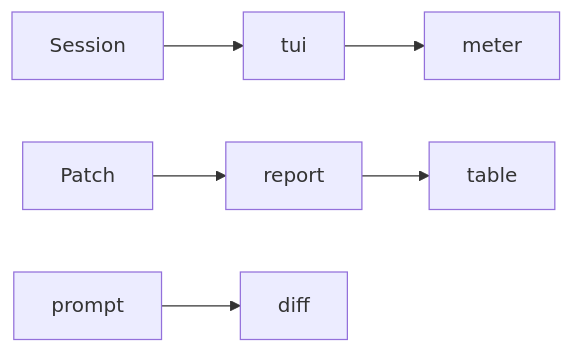
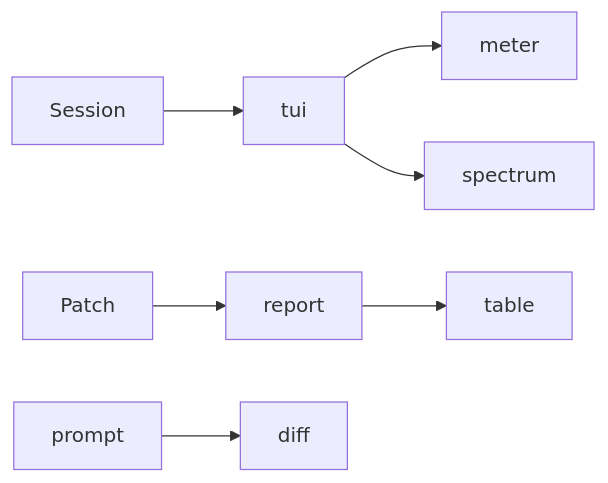
Before and after one commit to turkosaurus/synth: the diagram in src/view/README.md, drawn with Mermaid. The commit also changed other lines of this file and 6 other files, not shown here.

First line of the commit message:
view: live spectrum of the output tee in the TUI

````diff
--- a/src/view/README.md
+++ b/src/view/README.md
@@ -14,6 +15,7 @@
 ```mermaid
 flowchart LR
     Session --> tui --> meter
+    tui --> spectrum
     Patch --> report --> table
     prompt --> diff
 ```
````
